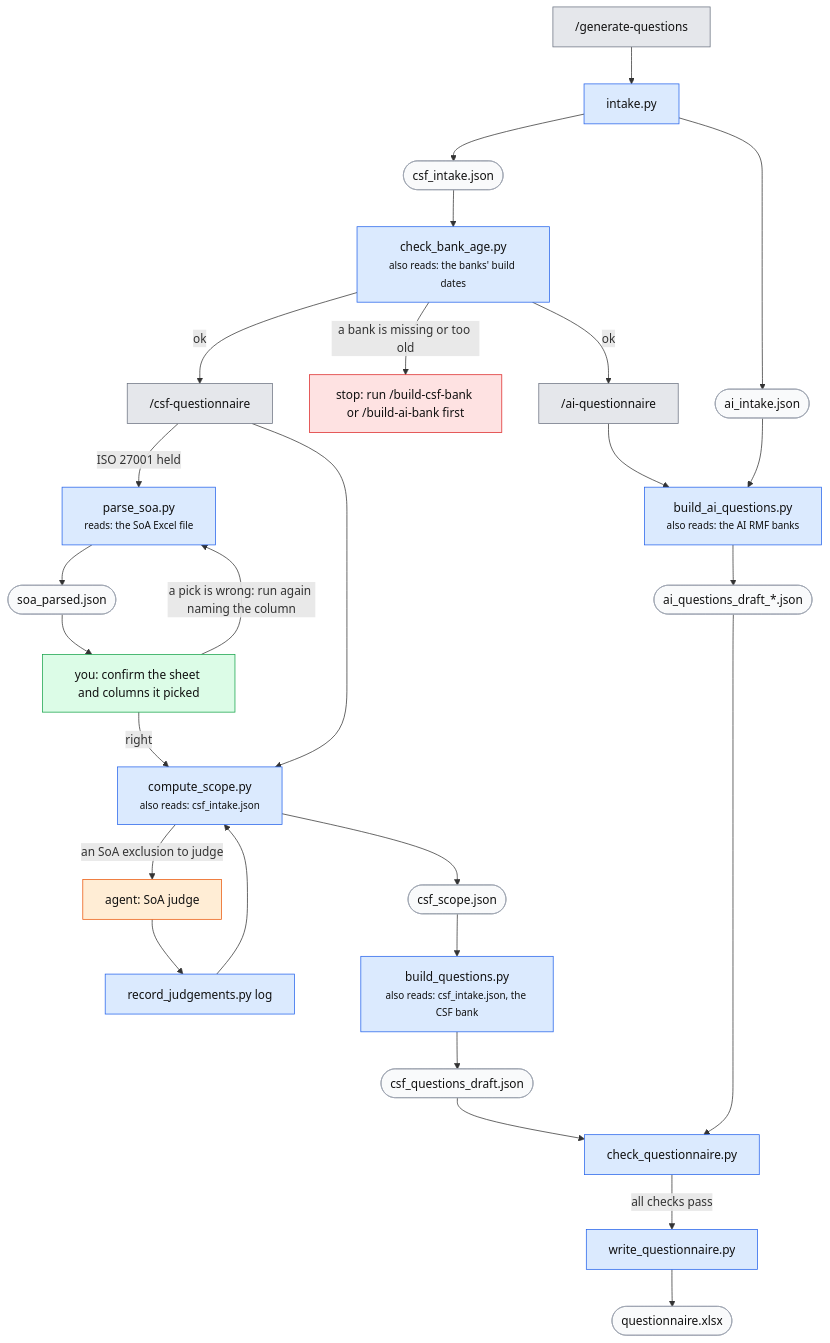
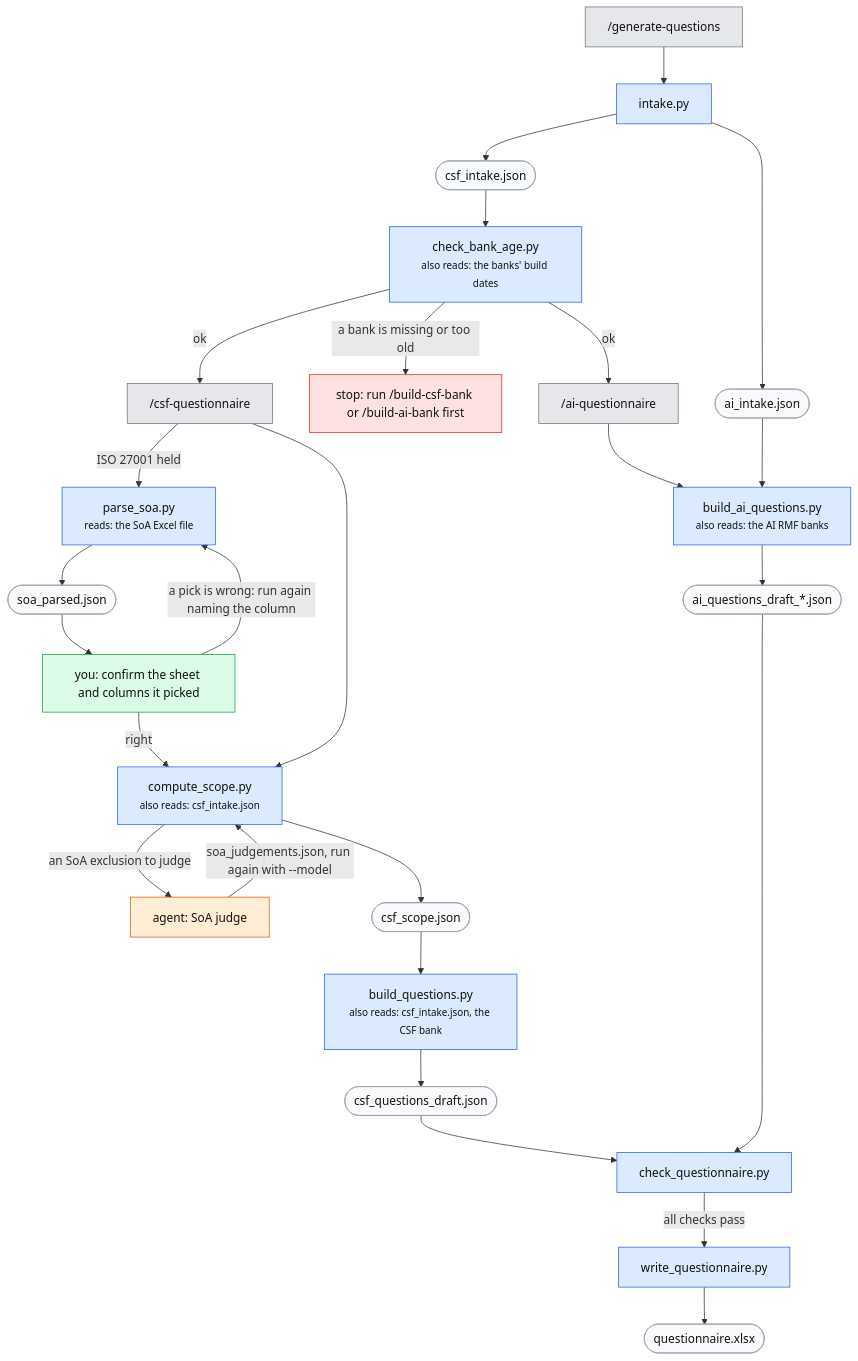
The first of 3 diagrams in docs/guide.md (srilekha82/csf-ai-self-assessment), drawn with Mermaid before and after one commit. The commit also changed other lines of this file and 14 other files, not shown here.

````diff
--- a/docs/guide.md
+++ b/docs/guide.md
@@ -108,35 +111,35 @@
 ```mermaid
 flowchart TD
     GQ["/generate-questions"]:::cmd --> IN[intake.py]:::script
     IN --> INT([csf_intake.json]):::file
     IN --> USE([ai_intake.json]):::file
     INT --> AGE["check_bank_age.py<br/><small>also reads: the banks' build dates</small>"]:::script
     AGE -- "a bank is missing or too old" --> STOP["stop: run /build-csf-bank or /build-ai-bank first"]:::stop
     AGE -- ok --> CQ["/csf-questionnaire"]:::cmd
     AGE -- ok --> AQ["/ai-questionnaire"]:::cmd
 
     CQ -- "ISO 27001 held" --> SOA["parse_soa.py<br/><small>reads: the SoA Excel file</small>"]:::script --> SOAJ([soa_parsed.json]):::file
     SOAJ --> OK1["you: confirm the sheet and columns it picked"]:::you
     OK1 -- "a pick is wrong: run again naming the column" --> SOA
     OK1 -- right --> SC["compute_scope.py<br/><small>also reads: csf_intake.json</small>"]:::script
     CQ --> SC
-    SC -- "an SoA exclusion to judge" --> J["agent: SoA judge"]:::agent --> RJ[record_judgements.py log]:::script --> SC
+    SC -- "an SoA exclusion to judge" --> J["agent: SoA judge"]:::agent -- "soa_judgements.json, run again with --model" --> SC
     SC --> SCJ([csf_scope.json]):::file --> BQ["build_questions.py<br/><small>also reads: csf_intake.json, the CSF bank</small>"]:::script
     BQ --> CD([csf_questions_draft.json]):::file
 
     AQ --> BAQ["build_ai_questions.py<br/><small>also reads: the AI RMF banks</small>"]:::script
     USE --> BAQ
     BAQ --> AD([ai_questions_draft_*.json]):::file
 
     CD --> CHK[check_questionnaire.py]:::script
     AD --> CHK
     CHK -- "all checks pass" --> WQ[write_questionnaire.py]:::script --> X([questionnaire.xlsx]):::file
 
     classDef cmd fill:#e5e7eb,stroke:#6b7280,color:#111
     classDef script fill:#dbeafe,stroke:#2563eb,color:#111
     classDef agent fill:#ffedd5,stroke:#ea580c,color:#111
     classDef you fill:#dcfce7,stroke:#16a34a,color:#111
     classDef file fill:#f9fafb,stroke:#9ca3af,color:#111
     classDef stop fill:#fee2e2,stroke:#dc2626,color:#111
     classDef you fill:#dcfce7,stroke:#16a34a,color:#111
 ```
````
